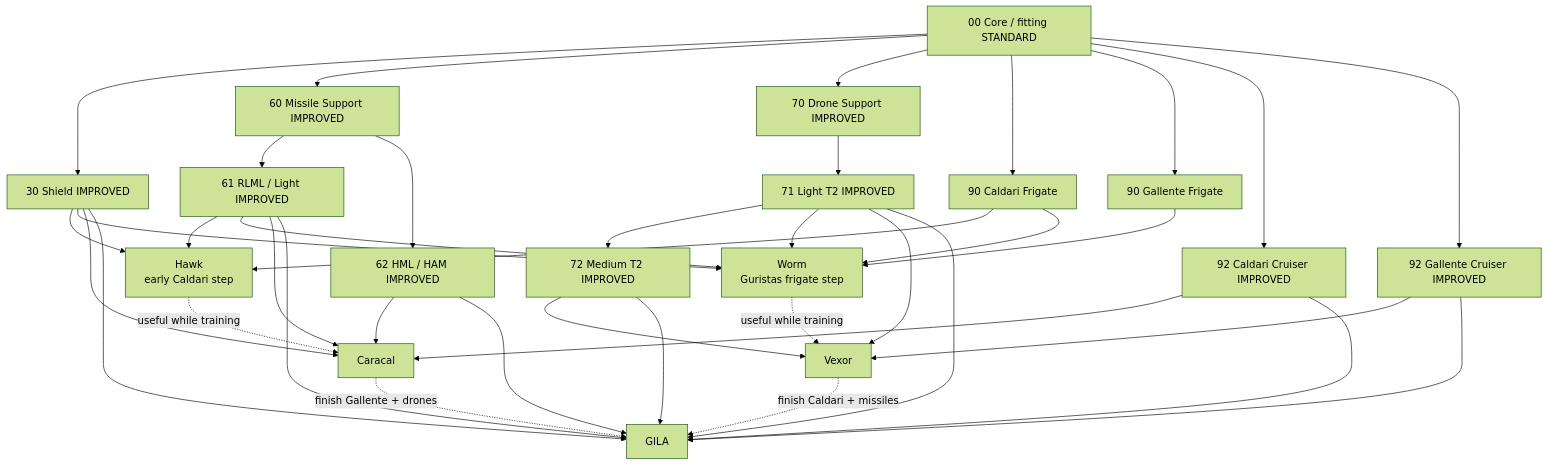
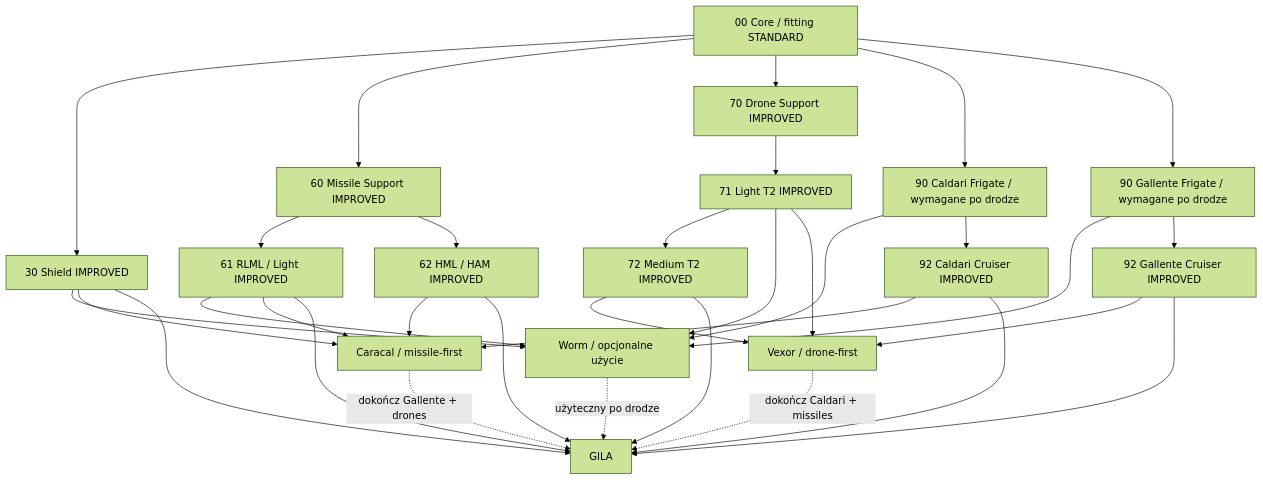
One commit to Blizbor/EvE-Modular-Skillplans changed the diagram in training-paths/gila/DIAGRAM-PL.md. Above: the diagram before and after it, drawn with Mermaid (forest theme). The commit also changed 4 other files, not shown here.

````diff
--- a/training-paths/gila/DIAGRAM-PL.md
+++ b/training-paths/gila/DIAGRAM-PL.md
@@ -5,49 +5,41 @@
 ```mermaid
 flowchart TD
     A[00 Core / fitting STANDARD] --> B[30 Shield IMPROVED]
     A --> M[60 Missile Support IMPROVED]
     M --> M1[61 RLML / Light IMPROVED]
     M --> M2[62 HML / HAM IMPROVED]
 
     A --> D[70 Drone Support IMPROVED]
     D --> D1[71 Light T2 IMPROVED]
     D1 --> D2[72 Medium T2 IMPROVED]
 
-    A --> CF[90 Caldari Frigate]
-    A --> GF[90 Gallente Frigate]
-    CF --> HAWK[Hawk
-early Caldari step]
-    B --> HAWK
-    M1 --> HAWK
-
-    CF --> W[Worm
-Guristas frigate step]
+    A --> CF[90 Caldari Frigate / wymagane po drodze]
+    A --> GF[90 Gallente Frigate / wymagane po drodze]
+    CF --> W[Worm / opcjonalne użycie]
     GF --> W
     D1 --> W
     B --> W
     M1 --> W
 
-    A --> C[92 Caldari Cruiser IMPROVED]
-    C --> CAR[Caracal]
+    CF --> C[92 Caldari Cruiser IMPROVED]
+    C --> CAR[Caracal / missile-first]
     B --> CAR
     M1 --> CAR
     M2 --> CAR
 
-    A --> G[92 Gallente Cruiser IMPROVED]
-    G --> VEX[Vexor]
+    GF --> G[92 Gallente Cruiser IMPROVED]
+    G --> VEX[Vexor / drone-first]
     D1 --> VEX
     D2 --> VEX
 
     B --> X[GILA]
     M1 --> X
     M2 --> X
-    D1 --> X
     D2 --> X
     C --> X
     G --> X
 
-    HAWK -. useful while training .-> CAR
-    W -. useful while training .-> VEX
-    CAR -. finish Gallente + drones .-> X
-    VEX -. finish Caldari + missiles .-> X
+    W -. użyteczny po drodze .-> X
+    CAR -. dokończ Gallente + drones .-> X
+    VEX -. dokończ Caldari + missiles .-> X
 ```
````
